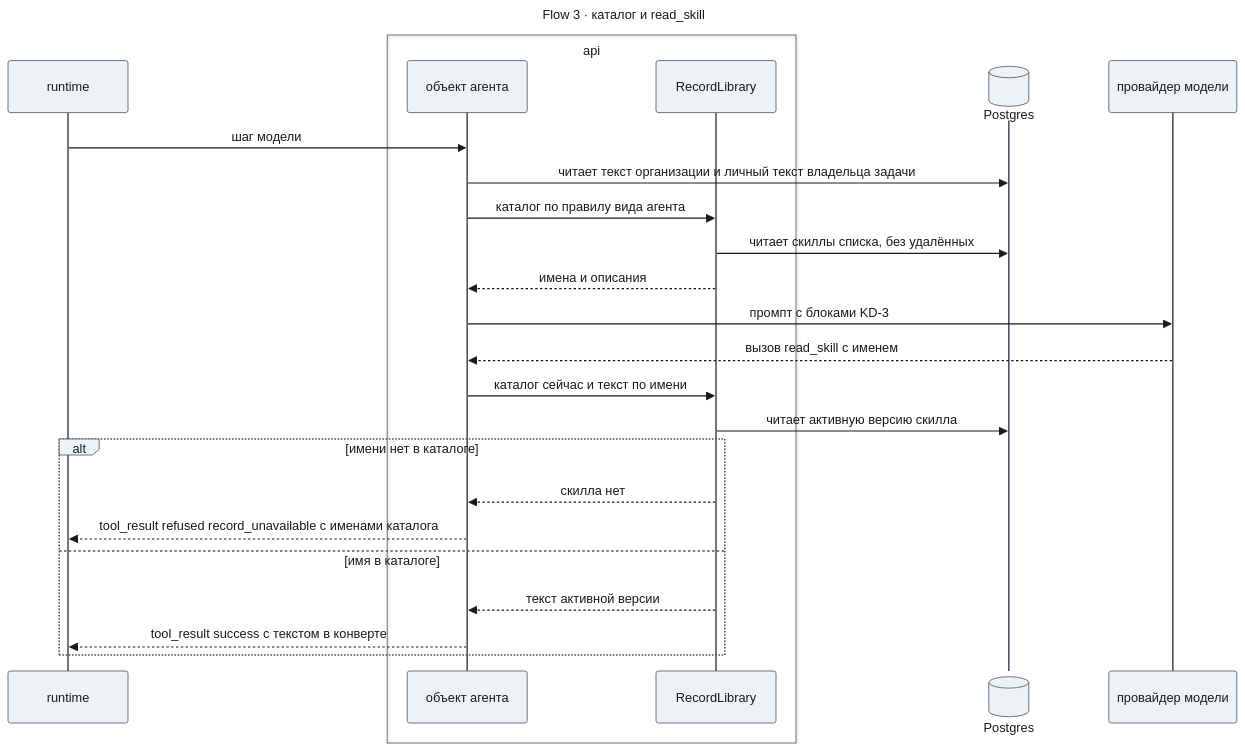
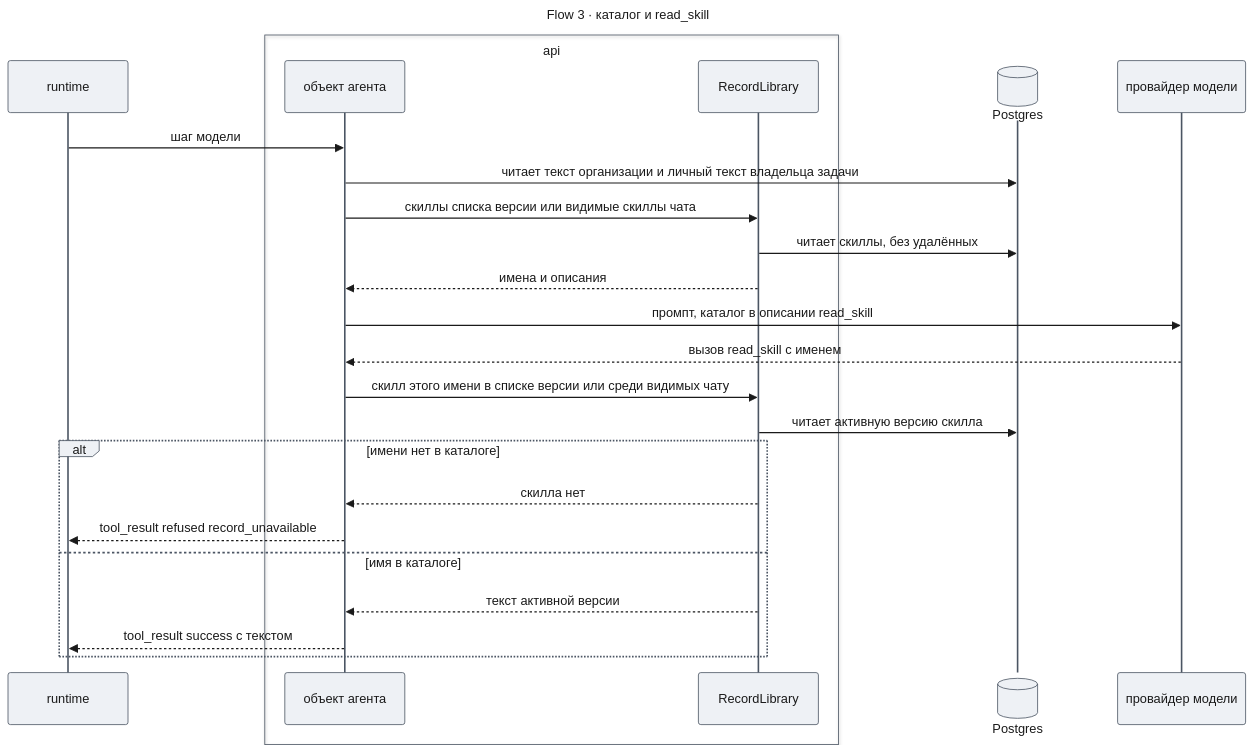
Before and after one commit to tundraray/agent-os: the fifth of 6 diagrams in docs/features/agent-guidance/design-server.md, drawn with Mermaid. The commit also changed other lines of this file and 2 other files, not shown here.

Commit message:
docs: simplify the agent guidance server design

````diff
--- a/docs/features/agent-guidance/design-server.md
+++ b/docs/features/agent-guidance/design-server.md
@@ -374,52 +379,52 @@
 ```mermaid
 ---
 title: "Flow 3 · каталог и read_skill"
 config:
   theme: base
   look: classic
   themeVariables:
     primaryColor: "#eef1f5"
     primaryBorderColor: "#4b5563"
     primaryTextColor: "#1a1a1a"
     lineColor: "#6b7280"
   themeCSS: |
     @keyframes litr_f3{0%,6.9%{stroke:#1d4ed8;stroke-width:6px}7.7%,100%{stroke:#37474f;stroke-width:2px}}
     .messageLine0[data-id='i0'],.messageLine1[data-id='i0']{animation:litr_f3 15.6s linear 0s infinite}
     .messageLine0[data-id='i1'],.messageLine1[data-id='i1']{animation:litr_f3 15.6s linear 1.2s infinite}
     .messageLine0[data-id='i2'],.messageLine1[data-id='i2']{animation:litr_f3 15.6s linear 2.4s infinite}
     .messageLine0[data-id='i3'],.messageLine1[data-id='i3']{animation:litr_f3 15.6s linear 3.6s infinite}
     .messageLine0[data-id='i4'],.messageLine1[data-id='i4']{animation:litr_f3 15.6s linear 4.8s infinite}
     .messageLine0[data-id='i5'],.messageLine1[data-id='i5']{animation:litr_f3 15.6s linear 6s infinite}
     .messageLine0[data-id='i6'],.messageLine1[data-id='i6']{animation:litr_f3 15.6s linear 7.2s infinite}
     .messageLine0[data-id='i7'],.messageLine1[data-id='i7']{animation:litr_f3 15.6s linear 8.4s infinite}
     .messageLine0[data-id='i8'],.messageLine1[data-id='i8']{animation:litr_f3 15.6s linear 9.6s infinite}
     .messageLine0[data-id='i10'],.messageLine1[data-id='i10']{animation:litr_f3 15.6s linear 10.8s infinite}
     .messageLine0[data-id='i11'],.messageLine1[data-id='i11']{animation:litr_f3 15.6s linear 12s infinite}
     .messageLine0[data-id='i13'],.messageLine1[data-id='i13']{animation:litr_f3 15.6s linear 13.2s infinite}
     .messageLine0[data-id='i14'],.messageLine1[data-id='i14']{animation:litr_f3 15.6s linear 14.4s infinite}
 ---
 sequenceDiagram
     participant Rt as runtime
     box api
         participant Agent as объект агента
         participant Lib as RecordLibrary
     end
     participant DB@{ "type": "database" } as Postgres
     participant LLM as провайдер модели
     Rt->>Agent: шаг модели
     Agent->>DB: читает текст организации и личный текст владельца задачи
-    Agent->>Lib: каталог по правилу вида агента
-    Lib->>DB: читает скиллы списка, без удалённых
+    Agent->>Lib: скиллы списка версии или видимые скиллы чата
+    Lib->>DB: читает скиллы, без удалённых
     Lib-->>Agent: имена и описания
-    Agent->>LLM: промпт с блоками KD-3
+    Agent->>LLM: промпт, каталог в описании read_skill
     LLM-->>Agent: вызов read_skill с именем
-    Agent->>Lib: каталог сейчас и текст по имени
+    Agent->>Lib: скилл этого имени в списке версии или среди видимых чату
     Lib->>DB: читает активную версию скилла
     alt имени нет в каталоге
         Lib-->>Agent: скилла нет
-        Agent-->>Rt: tool_result refused record_unavailable с именами каталога
+        Agent-->>Rt: tool_result refused record_unavailable
     else имя в каталоге
         Lib-->>Agent: текст активной версии
-        Agent-->>Rt: tool_result success с текстом в конверте
+        Agent-->>Rt: tool_result success с текстом
     end
 ```
````
